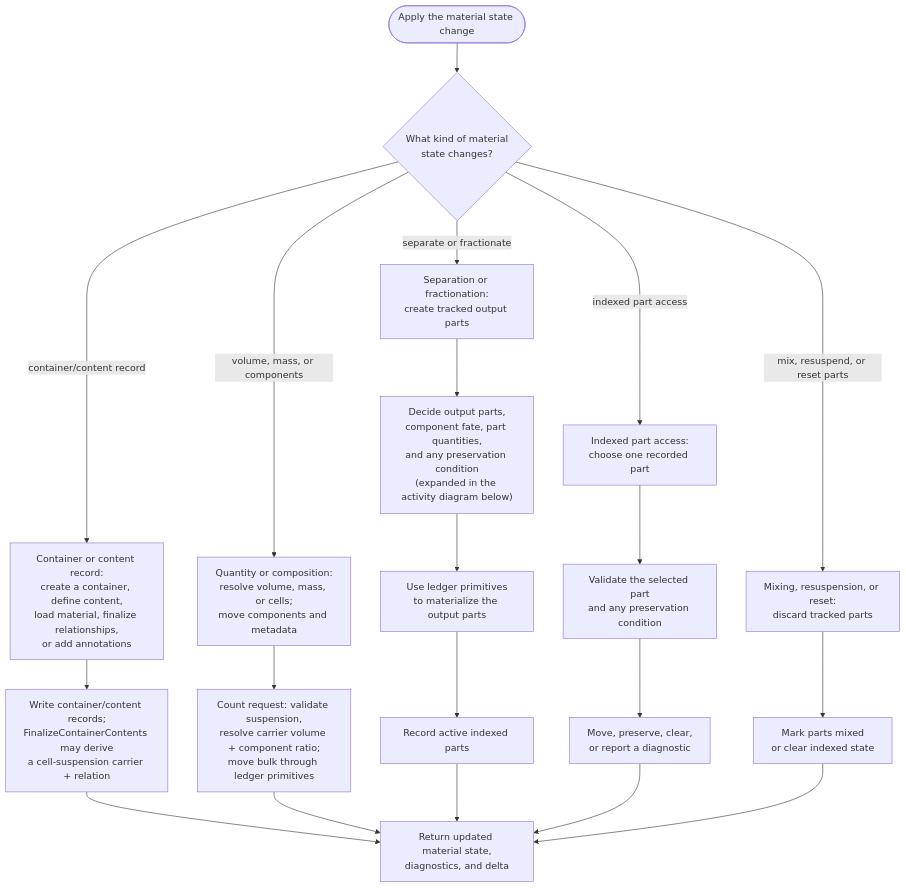
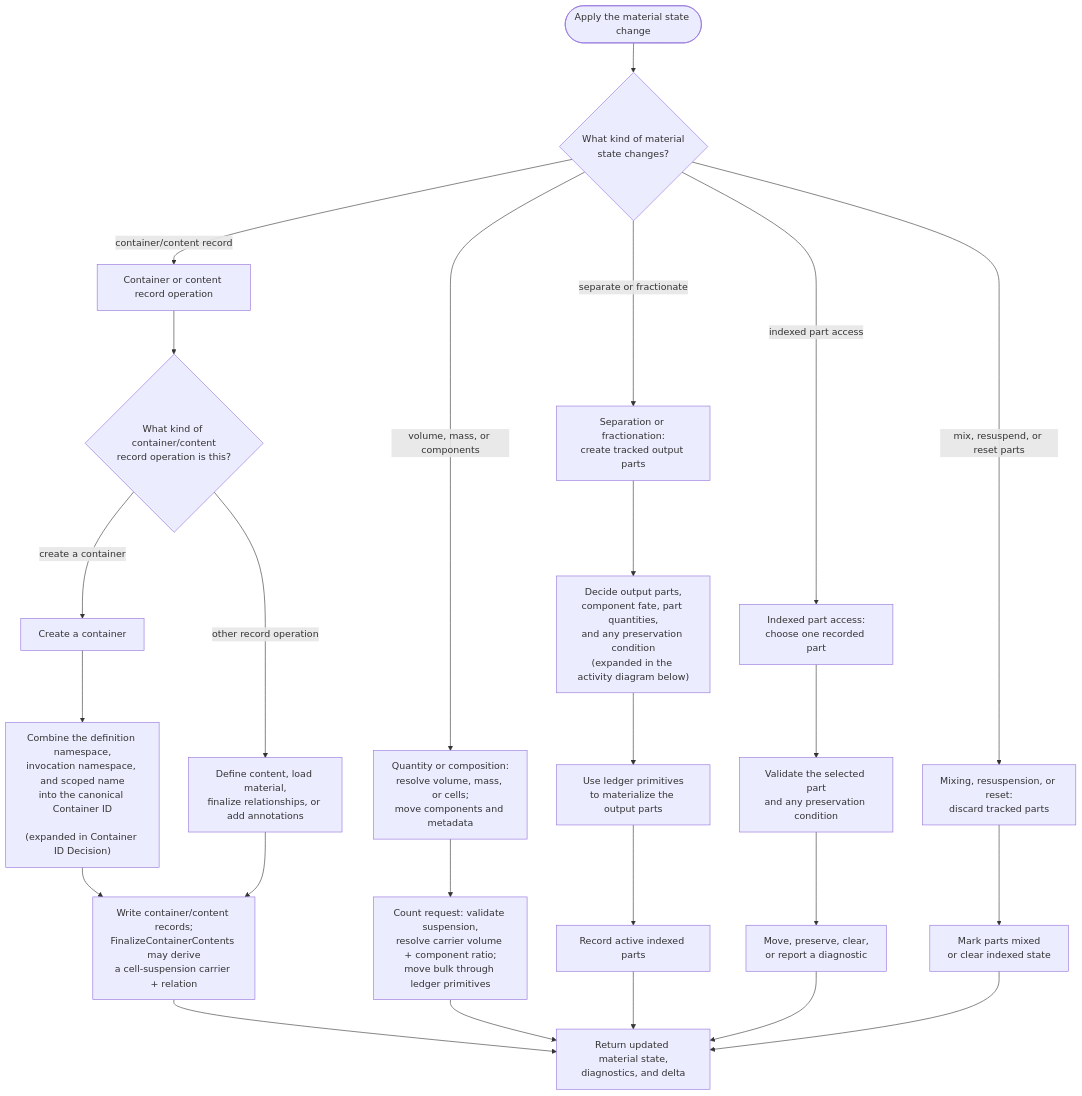
The second of 16 diagrams in docs/architecture/material_compute_module_diagrams.md (culsma/culsma), drawn with Mermaid before and after one commit. The commit also changed other lines of this file and 12 other files, not shown here.

````diff
--- a/docs/architecture/material_compute_module_diagrams.md
+++ b/docs/architecture/material_compute_module_diagrams.md
@@ -92,51 +96,60 @@
 ```mermaid
 flowchart TB
     Step(["Apply the material state change"])
     Action{"What kind of material<br/>state changes?"}
 
-    ContainerRecord["Container or content record:<br/>create a container, define content,<br/>load material, finalize relationships,<br/>or add annotations"]
+    ContainerRecord["Container or content record operation"]
+    ContainerRecordAction{"What kind of container/content<br/>record operation is this?"}
+    CreateContainer["Create a container"]
+    DecideContainerId["Combine the definition namespace,<br/>invocation namespace, and scoped name<br/>into the canonical Container ID<br/><br/>(expanded in Container ID Decision)"]
+    OtherContainerRecord["Define content, load material,<br/>finalize relationships, or add annotations"]
     ContainerApply["Write container/content records;<br/>FinalizeContainerContents may derive<br/>a cell-suspension carrier + relation"]
 
     QuantityComposition["Quantity or composition:<br/>resolve volume, mass, or cells;<br/>move components and metadata"]
     QuantityApply["Count request: validate suspension,<br/>resolve carrier volume + component ratio;<br/>move bulk through ledger primitives"]
 
     SepFrac["Separation or fractionation:<br/>create tracked output parts"]
     Partition["Decide output parts,<br/>component fate, part quantities,<br/>and any preservation condition<br/>(expanded in the activity diagram below)"]
     Materialize["Use ledger primitives<br/>to materialize the output parts"]
     RecordPartition["Record active indexed parts"]
 
     Select["Indexed part access:<br/>choose one recorded part"]
     Validate["Validate the selected part<br/>and any preservation condition"]
     SelectionImpact["Move, preserve, clear,<br/>or report a diagnostic"]
 
     Reset["Mixing, resuspension, or reset:<br/>discard tracked parts"]
     ResetImpact["Mark parts mixed<br/>or clear indexed state"]
 
     Return["Return updated material state,<br/>diagnostics, and delta"]
 
     Step --> Action
 
     Action -->|container/content record| ContainerRecord
-    ContainerRecord --> ContainerApply
+    ContainerRecord --> ContainerRecordAction
+    ContainerRecordAction -->|create a container| CreateContainer
+    ContainerRecordAction -->|other record operation| OtherContainerRecord
+    CreateContainer --> DecideContainerId
+    DecideContainerId --> ContainerApply
+    OtherContainerRecord --> ContainerApply
     ContainerApply --> Return
 
     Action -->|volume, mass, or components| QuantityComposition
     QuantityComposition --> QuantityApply
     QuantityApply --> Return
 
     Action -->|separate or fractionate| SepFrac
     SepFrac --> Partition
     Partition --> Materialize
     Materialize --> RecordPartition
     RecordPartition --> Return
 
     Action -->|indexed part access| Select
     Select --> Validate
     Validate --> SelectionImpact
     SelectionImpact --> Return
 
     Action -->|mix, resuspend, or reset parts| Reset
     Reset --> ResetImpact
     ResetImpact --> Return
 
 ```
````
